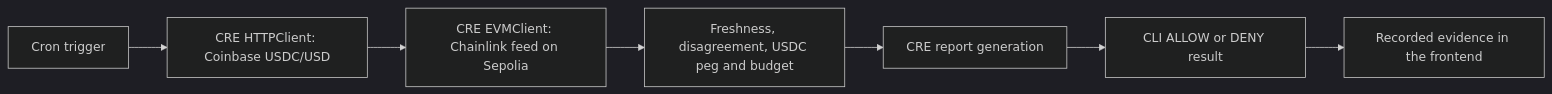
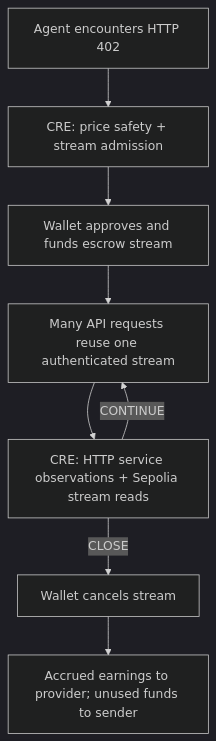
The diagram in README.md (ola-893/agentPay), drawn with Mermaid (dark theme) before and after one commit. The commit also changed other lines of this file and 43 other files, not shown here.

Commit message:
Document and verify real CRE-supervised stream reuse and refunds

````diff
--- a/README.md
+++ b/README.md
@@ -13,9 +13,10 @@
 ```mermaid
-flowchart LR
-  A[Cron trigger] --> B[CRE HTTPClient: Coinbase USDC/USD]
-  B --> C[CRE EVMClient: Chainlink feed on Sepolia]
-  C --> D[Freshness, disagreement, USDC peg and budget]
-  D --> E[CRE report generation]
-  E --> F[CLI ALLOW or DENY result]
-  F --> G[Recorded evidence in the frontend]
+flowchart TD
+  A[Agent encounters HTTP 402] --> B[CRE: price safety + stream admission]
+  B --> C[Wallet approves and funds escrow stream]
+  C --> D[Many API requests reuse one authenticated stream]
+  D --> E[CRE: HTTP service observations + Sepolia stream reads]
+  E -->|CONTINUE| D
+  E -->|CLOSE| F[Wallet cancels stream]
+  F --> G[Accrued earnings to provider; unused funds to sender]
 ```
````
